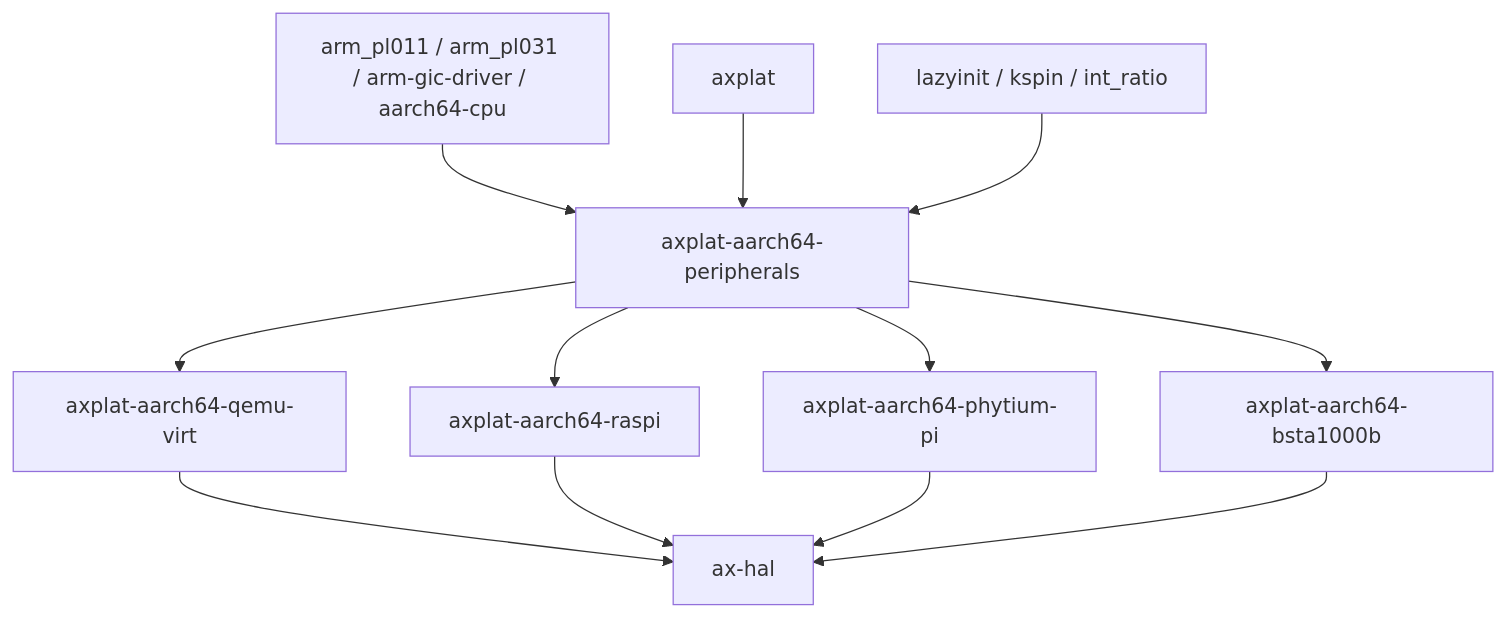
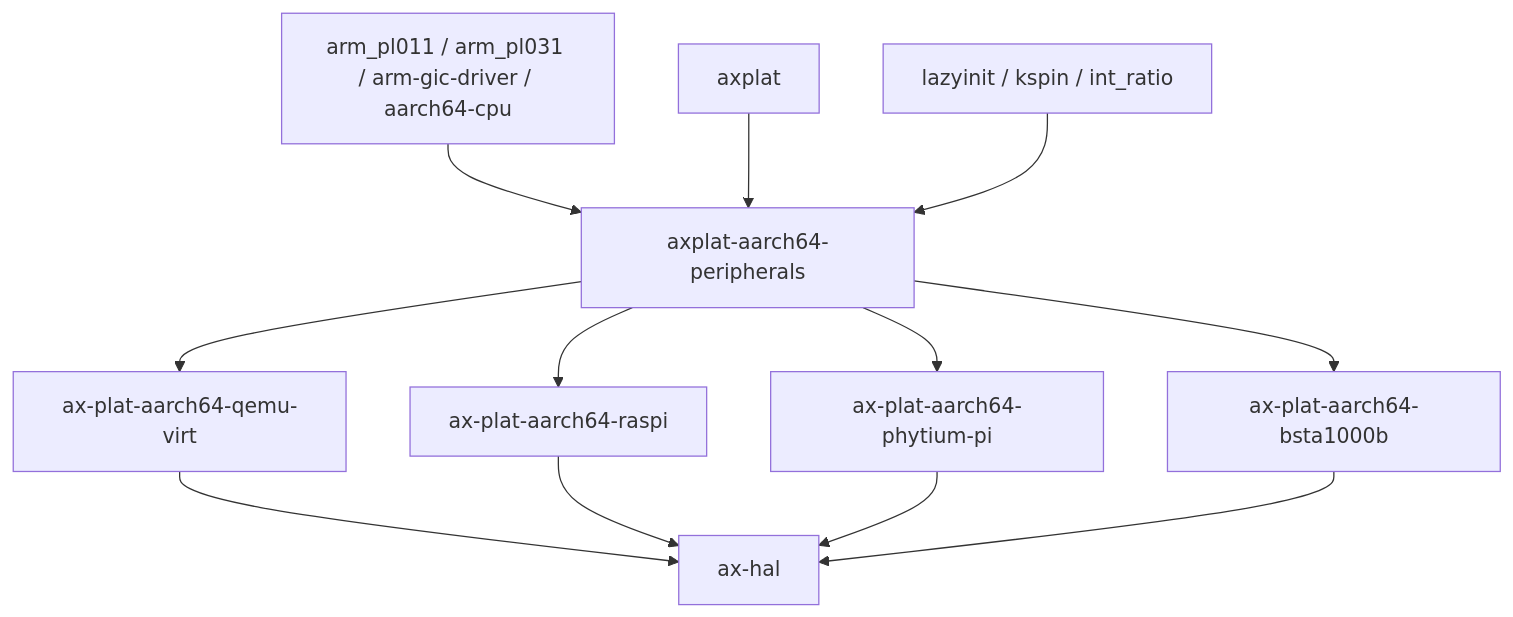
The second of 2 diagrams in docs/crates/axplat-aarch64-peripherals.md (zKurisu/tgoskits), drawn with Mermaid before and after one commit. The commit also changed other lines of this file and 35 other files, not shown here.

````diff
--- a/docs/crates/axplat-aarch64-peripherals.md
+++ b/docs/crates/axplat-aarch64-peripherals.md
@@ -180,15 +180,15 @@
 ```mermaid
 graph TD
     A[arm_pl011 / arm_pl031 / arm-gic-driver / aarch64-cpu] --> B[axplat-aarch64-peripherals]
     C[axplat] --> B
     D[lazyinit / kspin / int_ratio] --> B
 
-    B --> E[axplat-aarch64-qemu-virt]
-    B --> F[axplat-aarch64-raspi]
-    B --> G[axplat-aarch64-phytium-pi]
-    B --> H[axplat-aarch64-bsta1000b]
+    B --> E[ax-plat-aarch64-qemu-virt]
+    B --> F[ax-plat-aarch64-raspi]
+    B --> G[ax-plat-aarch64-phytium-pi]
+    B --> H[ax-plat-aarch64-bsta1000b]
     E --> I[ax-hal]
     F --> I
     G --> I
     H --> I
 ```
````
